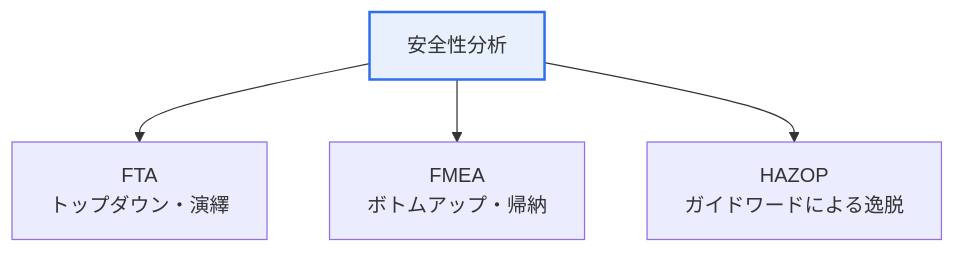
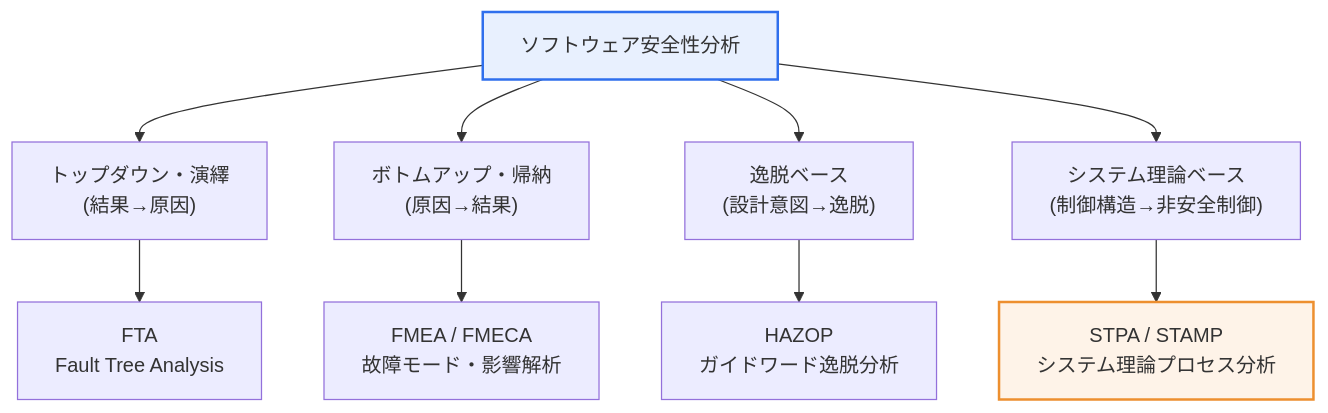
Before and after one commit to coninggu/wjdqhrhksflrltnftk: the first of 2 diagrams in content/ja/software-safety-analysis.md, drawn with Mermaid. The commit also changed other lines of this file and 37 other files, not shown here.

````diff
--- a/content/ja/software-safety-analysis.md
+++ b/content/ja/software-safety-analysis.md
@@ -15,7 +19,13 @@
 ```mermaid
 flowchart TB
-  S[安全性分析] --> F["FTA<br/>トップダウン・演繹"]
-  S --> M["FMEA<br/>ボトムアップ・帰納"]
-  S --> H["HAZOP<br/>ガイドワードによる逸脱"]
+  S["ソフトウェア安全性分析"] --> D["トップダウン・演繹<br/>(結果→原因)"]
+  S --> U["ボトムアップ・帰納<br/>(原因→結果)"]
+  S --> G["逸脱ベース<br/>(設計意図→逸脱)"]
+  S --> T["システム理論ベース<br/>(制御構造→非安全制御)"]
+  D --> FTA["FTA<br/>Fault Tree Analysis"]
+  U --> FMEA["FMEA / FMECA<br/>故障モード・影響解析"]
+  G --> HAZOP["HAZOP<br/>ガイドワード逸脱分析"]
+  T --> STPA["STPA / STAMP<br/>システム理論プロセス分析"]
   style S fill:#e8f0fe,stroke:#2f6fed,stroke-width:2px
+  style STPA fill:#fef3e8,stroke:#ed8f2f,stroke-width:2px
 ```
````
